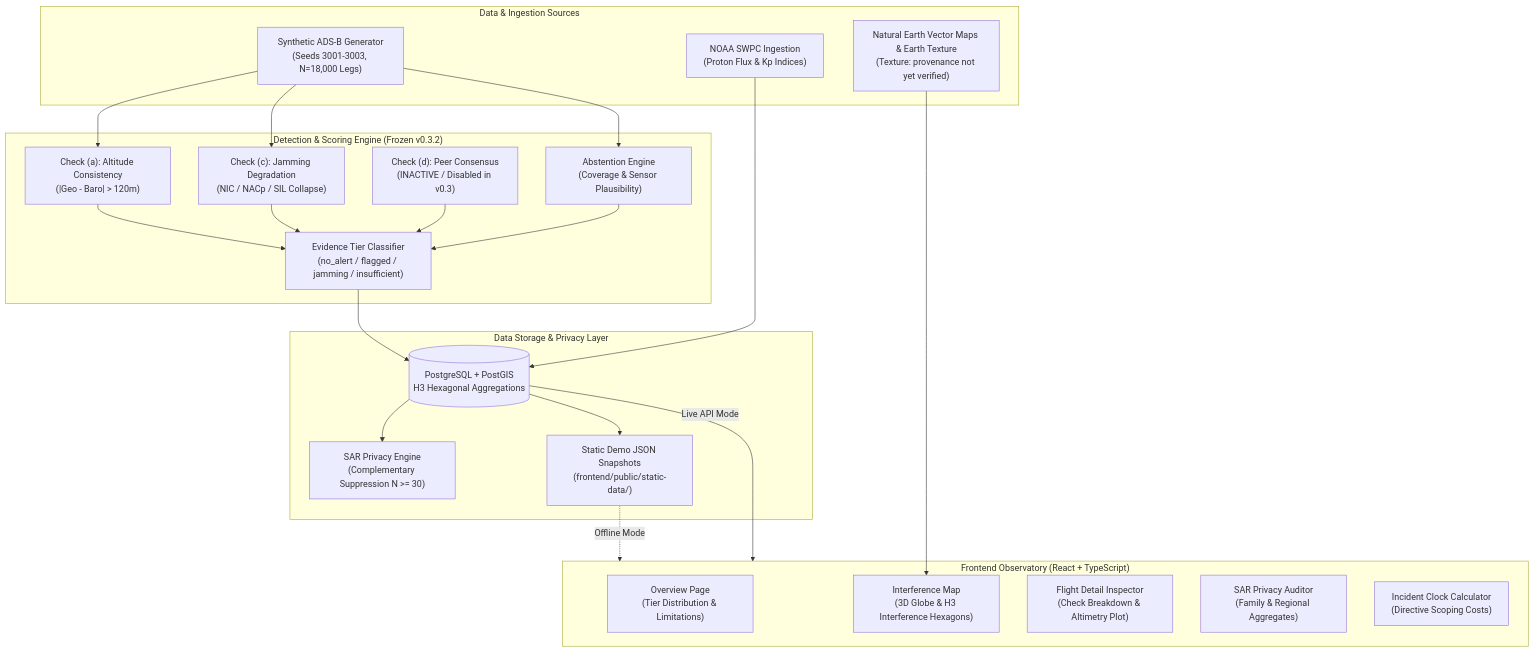
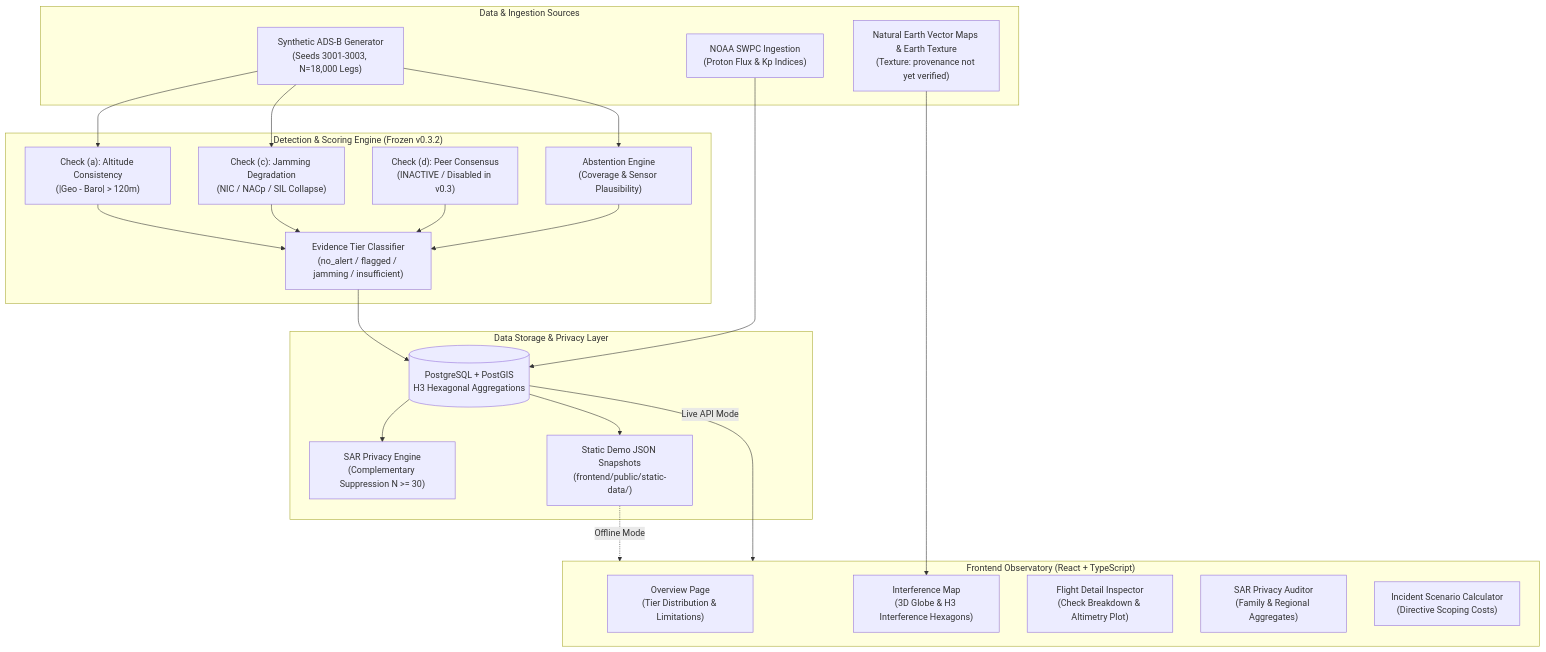
Before and after one commit to Pratikshukla13/AeroTrust: the diagram in README.md, drawn with Mermaid. The commit also changed other lines of this file and 24 other files, not shown here.

````diff
--- a/README.md
+++ b/README.md
@@ -55,40 +55,40 @@
 ```mermaid
 flowchart TD
     subgraph Data_Sources ["Data & Ingestion Sources"]
         ADS_B["Synthetic ADS-B Generator<br/>(Seeds 3001-3003, N=18,000 Legs)"]
         SWPC["NOAA SWPC Ingestion<br/>(Proton Flux & Kp Indices)"]
         NE_GEO["Natural Earth Vector Maps & Earth Texture<br/>(Texture: provenance not yet verified)"]
     end
 
     subgraph Core_Engine ["Detection & Scoring Engine (Frozen v0.3.2)"]
         CHECK_A["Check (a): Altitude Consistency<br/>(|Geo - Baro| > 120m)"]
         CHECK_C["Check (c): Jamming Degradation<br/>(NIC / NACp / SIL Collapse)"]
         CHECK_D["Check (d): Peer Consensus<br/>(INACTIVE / Disabled in v0.3)"]
         ABSTAIN["Abstention Engine<br/>(Coverage & Sensor Plausibility)"]
         TIER_MAP["Evidence Tier Classifier<br/>(no_alert / flagged / jamming / insufficient)"]
     end
 
     subgraph Storage_Layer ["Data Storage & Privacy Layer"]
         PG_DB[("PostgreSQL + PostGIS<br/>H3 Hexagonal Aggregations")]
         SAR_ENG["SAR Privacy Engine<br/>(Complementary Suppression N >= 30)"]
         STATIC_SNAPS["Static Demo JSON Snapshots<br/>(frontend/public/static-data/)"]
     end
 
     subgraph Observatory_UI ["Frontend Observatory (React + TypeScript)"]
         UI_OVERVIEW["Overview Page<br/>(Tier Distribution & Limitations)"]
         UI_MAP["Interference Map<br/>(3D Globe & H3 Interference Hexagons)"]
         UI_FLIGHT["Flight Detail Inspector<br/>(Check Breakdown & Altimetry Plot)"]
         UI_SAR["SAR Privacy Auditor<br/>(Family & Regional Aggregates)"]
-        UI_INCIDENT["Incident Clock Calculator<br/>(Directive Scoping Costs)"]
+        UI_INCIDENT["Incident Scenario Calculator<br/>(Directive Scoping Costs)"]
     end
 
     ADS_B --> CHECK_A & CHECK_C & ABSTAIN
     CHECK_A & CHECK_C & CHECK_D & ABSTAIN --> TIER_MAP
     TIER_MAP --> PG_DB
     SWPC --> PG_DB
     PG_DB --> SAR_ENG
     PG_DB --> STATIC_SNAPS
     STATIC_SNAPS -.->|Offline Mode| Observatory_UI
     PG_DB -->|Live API Mode| Observatory_UI
     NE_GEO --> UI_MAP
 ```
````
